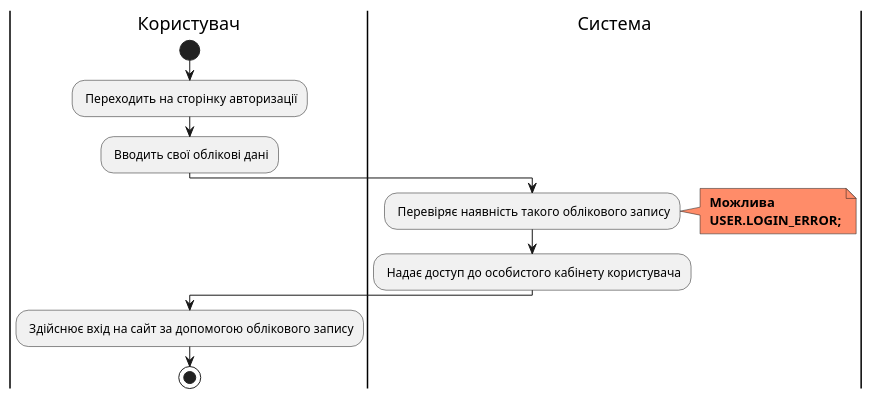
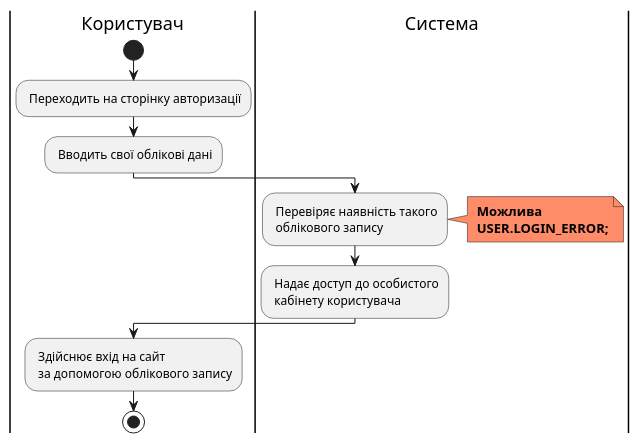
One commit to edu-db/edu_db_labs changed the sixth of 19 diagrams in docs/use cases/README.md. Above: the diagram before and after it, drawn with PlantUML. The commit also changed other lines of this file, not shown here.

```diff
--- a/docs/use cases/README.md
+++ b/docs/use cases/README.md
@@ -287,21 +287,21 @@
 @startuml
 
 |Користувач|
 start;
 : Переходить на сторінку авторизації;
 : Вводить свої облікові дані;
 
 |Система|
-: Перевіряє наявність такого облікового запису;
+: Перевіряє наявність такого\n облікового запису;
 
 note right #ff8c69
 <b> Можлива
 <b> USER.LOGIN_ERROR;
 end note
 
-: Надає доступ до особистого кабінету користувача;
+: Надає доступ до особистого\n кабінету користувача;
 
 |Користувач|
- : Здійснює вхід на сайт за допомогою облікового запису;
+ : Здійснює вхід на сайт\n за допомогою облікового запису;
   stop;
 @enduml
```
